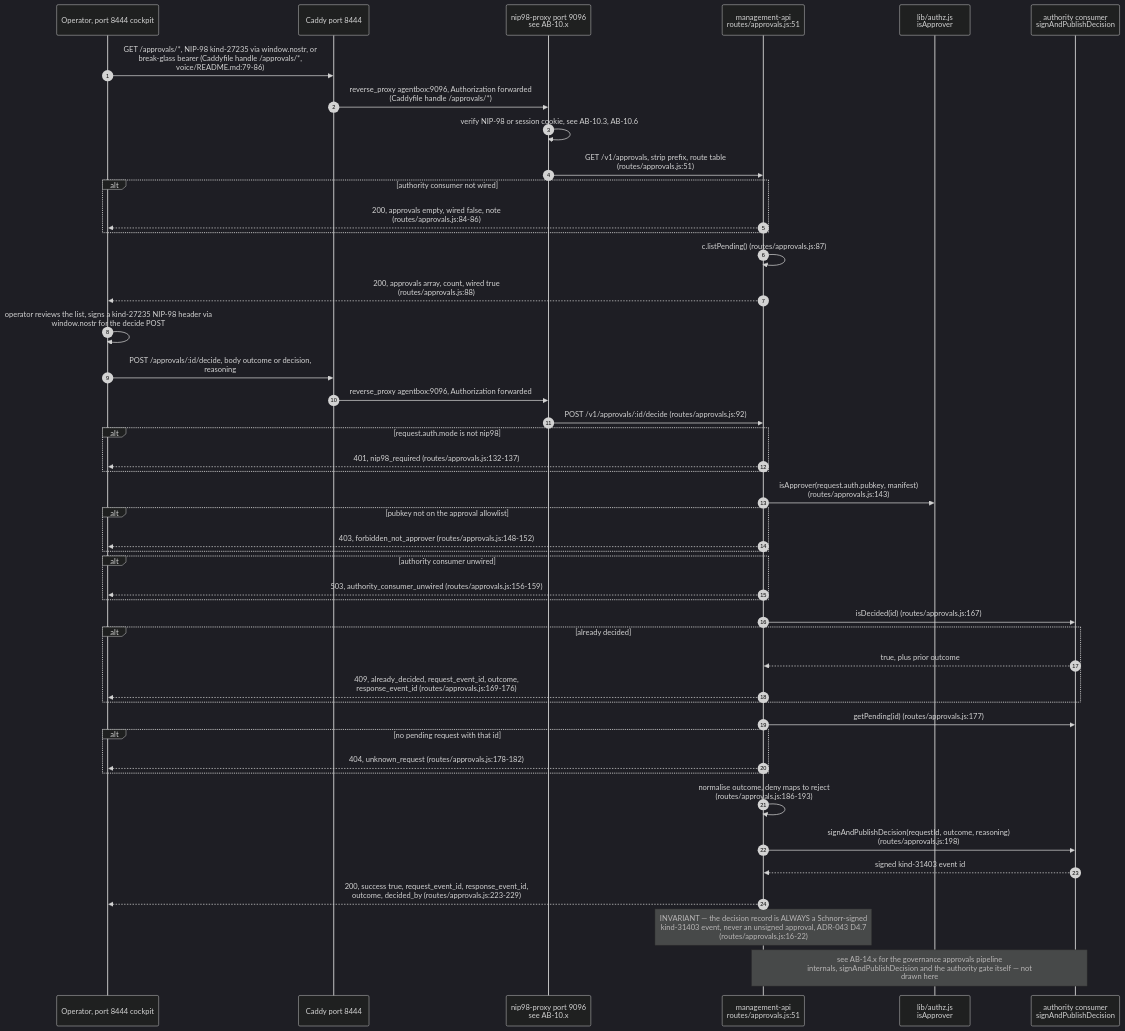
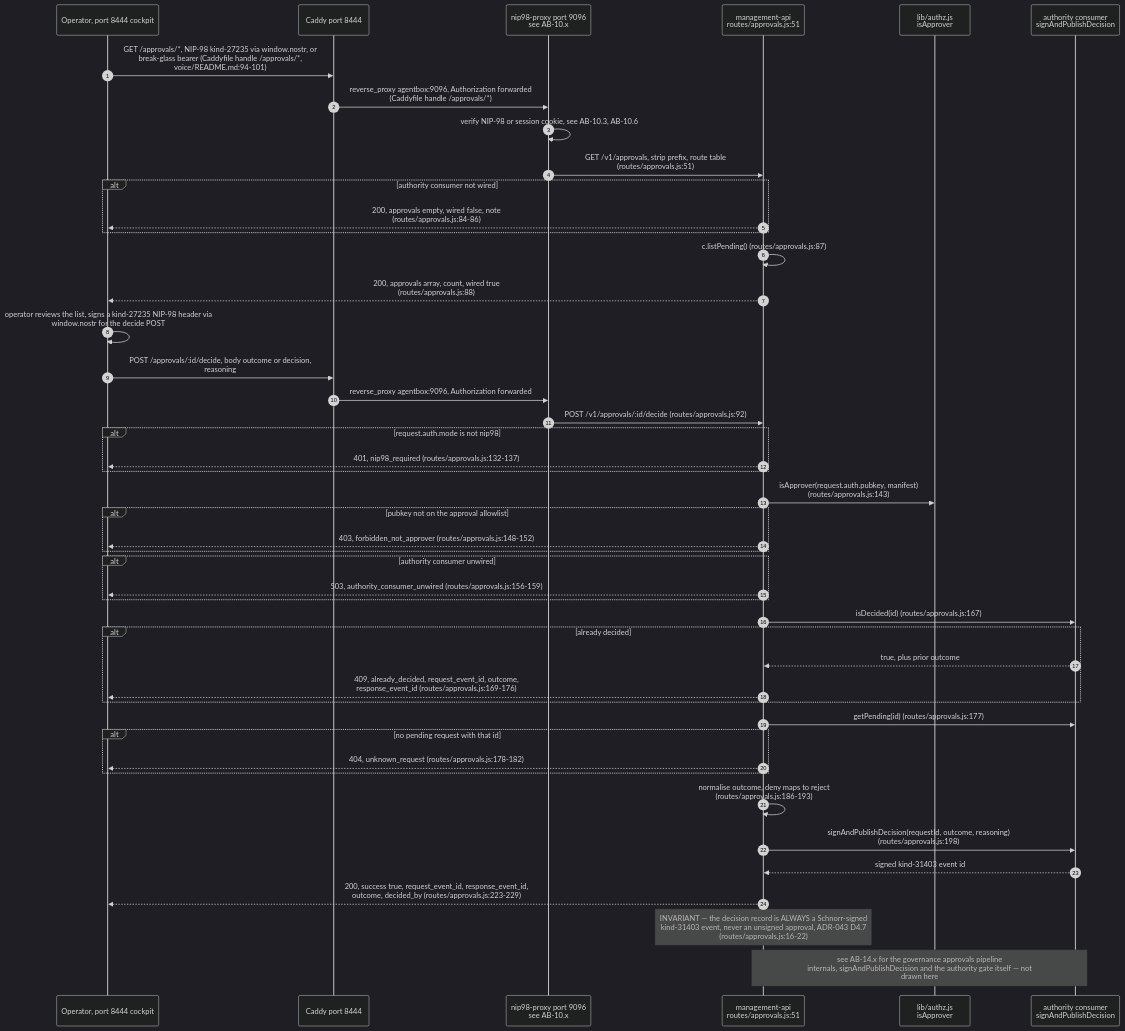
The ninth of 14 diagrams in docs/diagrams/agentbox/12-tab0-bridge-and-interaction-plane.md (DreamLab-AI/VisionFlow), drawn with Mermaid (dark theme) before and after one commit. The commit also changed other lines of this file and 28 other files, not shown here.

````diff
--- a/docs/diagrams/agentbox/12-tab0-bridge-and-interaction-plane.md
+++ b/docs/diagrams/agentbox/12-tab0-bridge-and-interaction-plane.md
@@ -341,49 +343,49 @@
 ```mermaid
 sequenceDiagram
     autonumber
     participant Op as Operator, port 8444 cockpit
     participant Cad as Caddy port 8444
     participant Pr as nip98-proxy port 9096<br/>see AB-10.x
     participant M as management-api<br/>routes/approvals.js:51
     participant Az as lib/authz.js<br/>isApprover
     participant Cs as authority consumer<br/>signAndPublishDecision
 
-Op->>Cad: GET /approvals/*, NIP-98 kind-27235 via window.nostr, or<br/>break-glass bearer (Caddyfile handle /approvals/*,<br/>voice/README.md:79-86)
+Op->>Cad: GET /approvals/*, NIP-98 kind-27235 via window.nostr, or<br/>break-glass bearer (Caddyfile handle /approvals/*,<br/>voice/README.md:94-101)
 Cad->>Pr: reverse_proxy agentbox:9096, Authorization forwarded<br/>(Caddyfile handle /approvals/*)
     Pr->>Pr: verify NIP-98 or session cookie, see AB-10.3, AB-10.6
 Pr->>M: GET /v1/approvals, strip prefix, route table<br/>(routes/approvals.js:51)
     alt authority consumer not wired
 M-->>Op: 200, approvals empty, wired false, note<br/>(routes/approvals.js:84-86)
     end
     M->>M: c.listPending() (routes/approvals.js:87)
 M-->>Op: 200, approvals array, count, wired true<br/>(routes/approvals.js:88)
 Op->>Op: operator reviews the list, signs a kind-27235 NIP-98 header via<br/>window.nostr for the decide POST
 Op->>Cad: POST /approvals/:id/decide, body outcome or decision,<br/>reasoning
     Cad->>Pr: reverse_proxy agentbox:9096, Authorization forwarded
     Pr->>M: POST /v1/approvals/:id/decide (routes/approvals.js:92)
     alt request.auth.mode is not nip98
         M-->>Op: 401, nip98_required (routes/approvals.js:132-137)
     end
 M->>Az: isApprover(request.auth.pubkey, manifest)<br/>(routes/approvals.js:143)
     alt pubkey not on the approval allowlist
         M-->>Op: 403, forbidden_not_approver (routes/approvals.js:148-152)
     end
     alt authority consumer unwired
         M-->>Op: 503, authority_consumer_unwired (routes/approvals.js:156-159)
     end
     M->>Cs: isDecided(id) (routes/approvals.js:167)
     alt already decided
         Cs-->>M: true, plus prior outcome
 M-->>Op: 409, already_decided, request_event_id, outcome,<br/>response_event_id (routes/approvals.js:169-176)
     end
     M->>Cs: getPending(id) (routes/approvals.js:177)
     alt no pending request with that id
         M-->>Op: 404, unknown_request (routes/approvals.js:178-182)
     end
 M->>M: normalise outcome, deny maps to reject<br/>(routes/approvals.js:186-193)
 M->>Cs: signAndPublishDecision(requestId, outcome, reasoning)<br/>(routes/approvals.js:198)
     Cs-->>M: signed kind-31403 event id
 M-->>Op: 200, success true, request_event_id, response_event_id,<br/>outcome, decided_by (routes/approvals.js:223-229)
 Note over M: INVARIANT — the decision record is ALWAYS a Schnorr-signed<br/>kind-31403 event, never an unsigned approval, ADR-043 D4.7<br/>(routes/approvals.js:16-22)
 Note over M,Cs: see AB-14.x for the governance approvals pipeline<br/>internals, signAndPublishDecision and the authority gate itself — not<br/>drawn here
 ```
````
